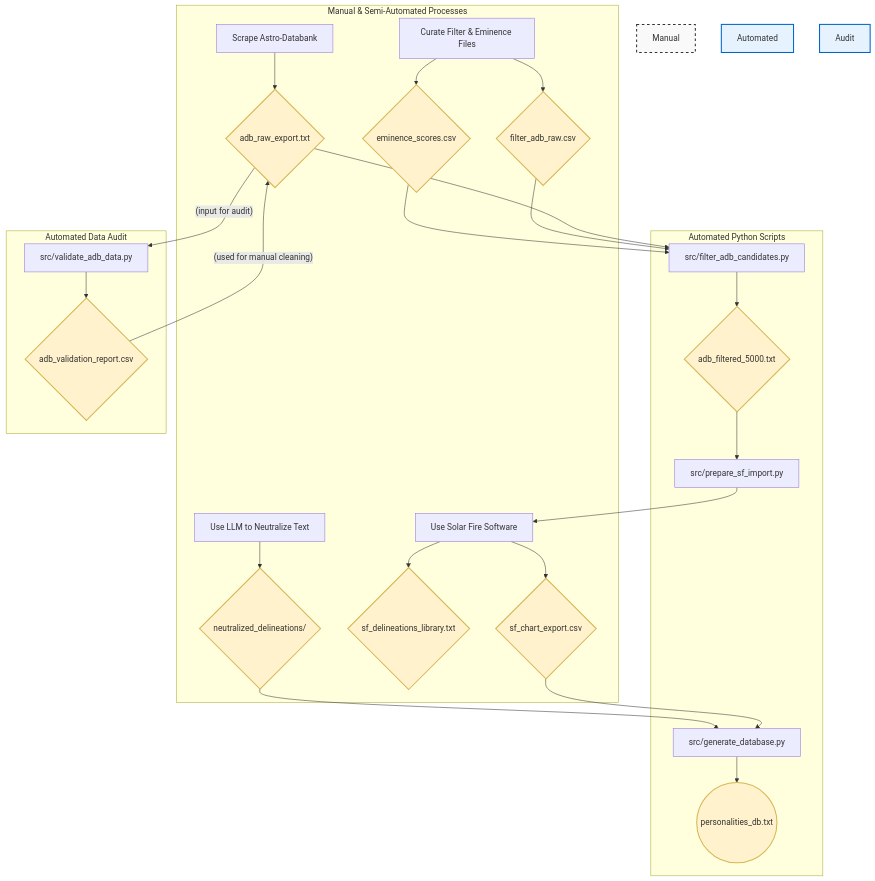
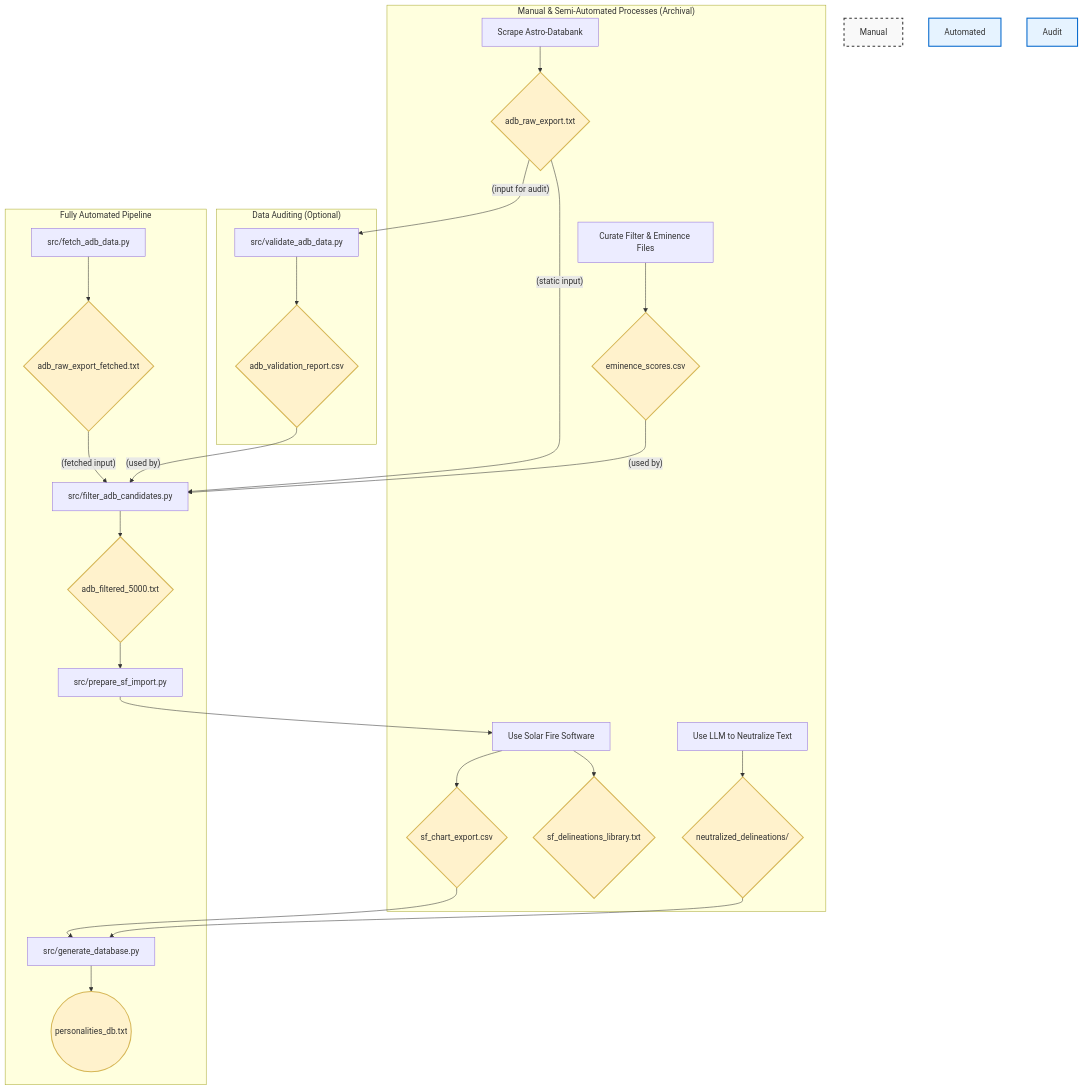
The diagram in docs/diagrams/flow_prep_pipeline.mmd (peterjmarko/llm-narrative-framework), drawn with Mermaid before and after one commit. The commit also changed 9 other files, not shown here.

First line of the commit message:
feat(data-prep): add automated adb data fetching script

```diff
--- a/docs/diagrams/flow_prep_pipeline.mmd
+++ b/docs/diagrams/flow_prep_pipeline.mmd
@@ -1,35 +1,35 @@
 graph TD
-    subgraph "Manual & Semi-Automated Processes"
+    subgraph "Manual & Semi-Automated Processes (Archival)"
         style Manual fill:#f9f9f9,stroke:#333,stroke-width:2px,stroke-dasharray: 5 5
         A[Scrape Astro-Databank] --> B{adb_raw_export.txt};
-        C[Curate Filter & Eminence Files] --> D{filter_adb_raw.csv};
-        C --> E{eminence_scores.csv};
+        C[Curate Filter & Eminence Files] --> E{eminence_scores.csv};
         I[Use Solar Fire Software] --> J{sf_chart_export.csv};
         I --> K{sf_delineations_library.txt};
         L[Use LLM to Neutralize Text] --> M{neutralized_delineations/};
     end
 
-    subgraph "Automated Python Scripts"
+    subgraph "Fully Automated Pipeline"
         style Automated fill:#e6f3ff,stroke:#0066cc,stroke-width:2px
+        F_new[src/fetch_adb_data.py] --> B_new{adb_raw_export_fetched.txt};
         F[src/filter_adb_candidates.py] --> G{adb_filtered_5000.txt};
         H[src/prepare_sf_import.py] --> I;
         N[src/generate_database.py] --> O((personalities_db.txt));
     end
 
-    subgraph "Automated Data Audit"
+    subgraph "Data Auditing (Optional)"
         style Audit fill:#e6f3ff,stroke:#0066cc,stroke-width:2px
         P[src/validate_adb_data.py] --> Q{adb_validation_report.csv}
     end
 
     B -- "(input for audit)" --> P
-    Q -- "(used for manual cleaning)" --> B
-
-    B --> F;
-    D --> F;
-    E --> F;
+    
+    B -- "(static input)" --> F;
+    B_new -- "(fetched input)" --> F;
+    Q -- "(used by)" --> F
+    E -- "(used by)" --> F;
     G --> H;
     J --> N;
     M --> N;
 
     classDef data fill:#fff2cc,stroke:#d6b656,stroke-width:2px;
-    class B,D,E,G,J,K,M,O,Q data;
+    class B,E,G,J,K,M,O,Q,B_new data;
```
